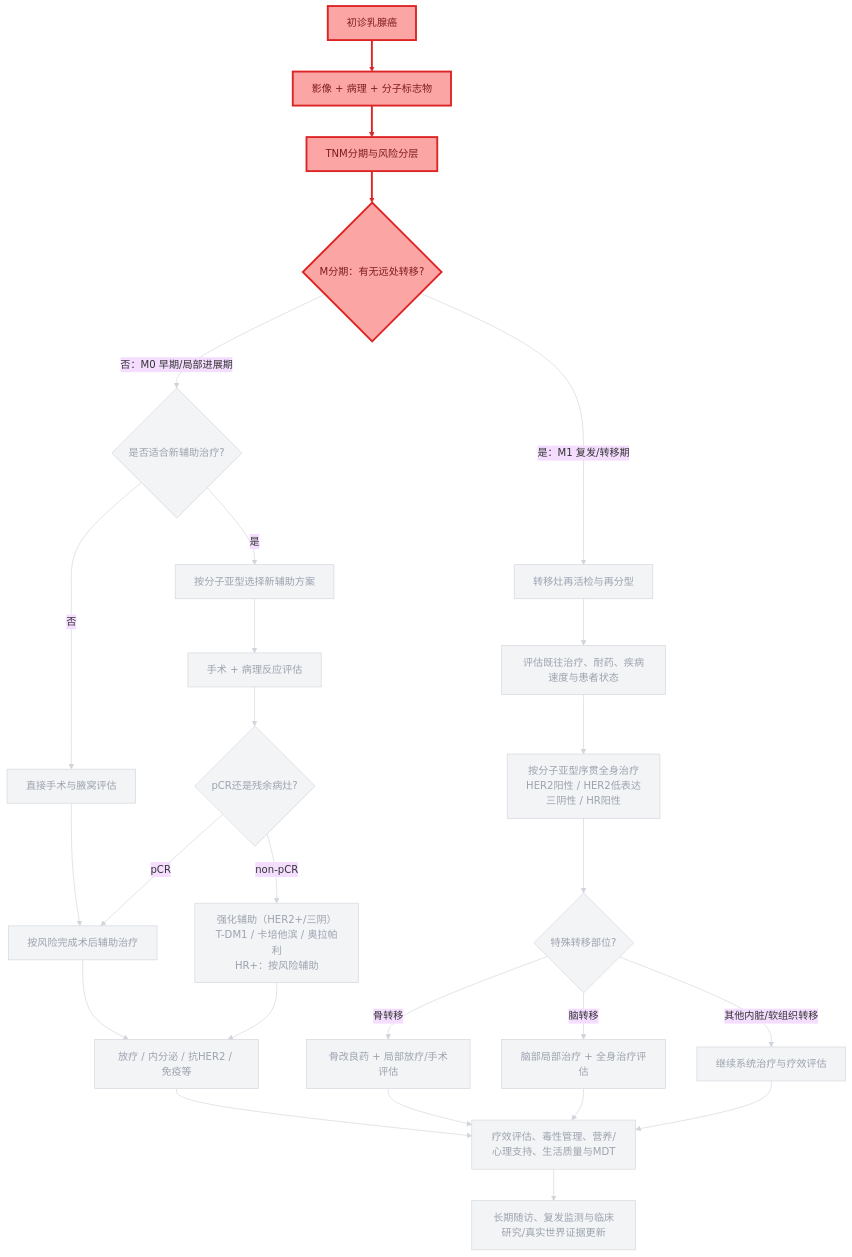
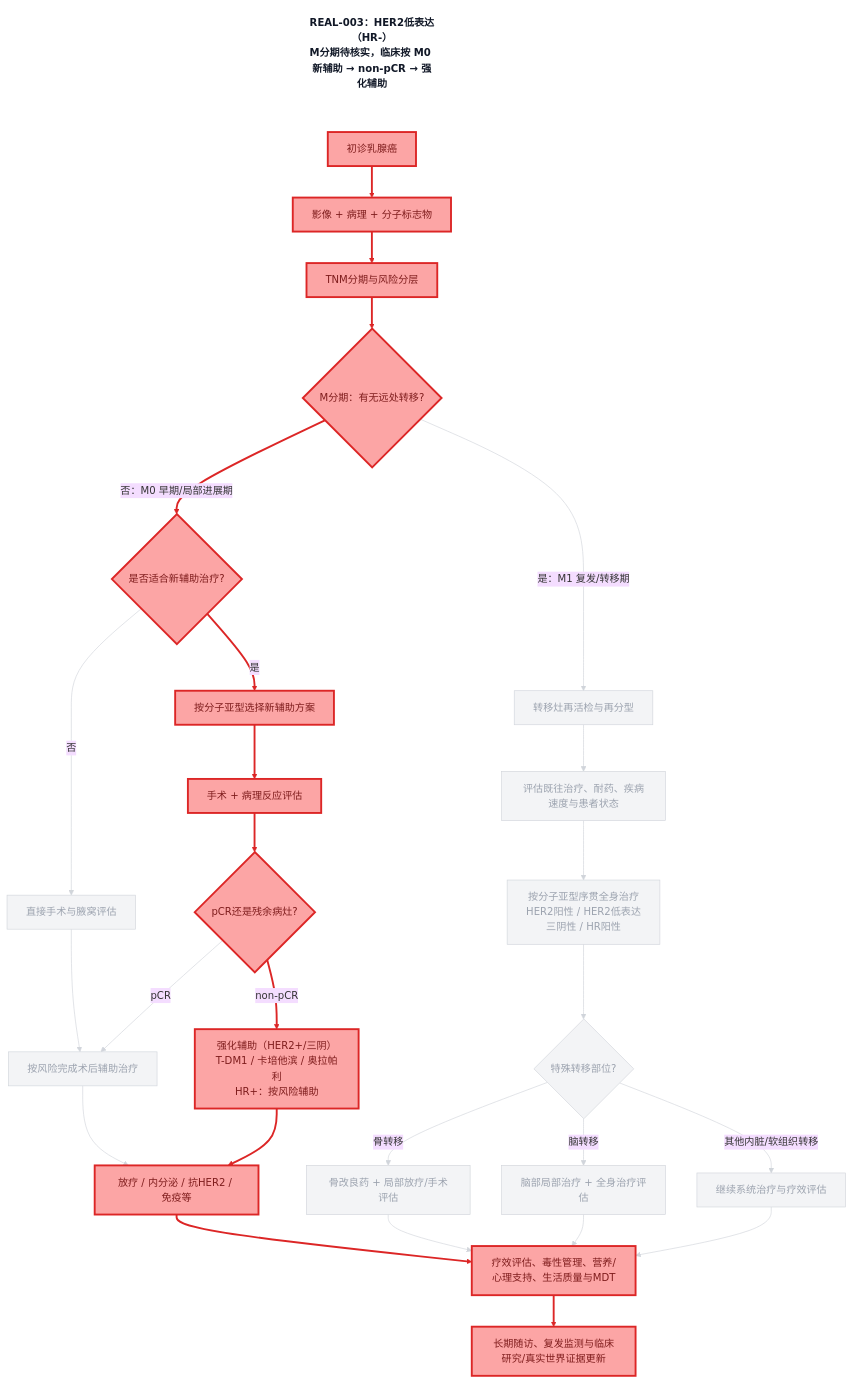
The diagram in diagrams/decision-chain-REAL-003.mmd (dongjb741280/breast-cancer), drawn with Mermaid (base theme) before and after one commit. The commit also changed 21 other files, not shown here.

First line of the commit message:
Add decision-chain skill and regenerate annotated REAL diagrams

```diff
--- a/diagrams/decision-chain-REAL-003.mmd
+++ b/diagrams/decision-chain-REAL-003.mmd
@@ -1,96 +1,99 @@
-%% 乳腺癌诊疗决策链（高亮病例实际路径）
 graph TD
+    TITLE["REAL-003：HER2低表达（HR-）<br/>M分期待核实，临床按 M0 新辅助 → non-pCR → 强化辅助"]
     A[初诊乳腺癌]
     B[影像 + 病理 + 分子标志物]
     C[TNM分期与风险分层]
     D{M分期：有无远处转移?}
     E{是否适合新辅助治疗?}
     F[按分子亚型选择新辅助方案]
     G[直接手术与腋窝评估]
     H[手术 + 病理反应评估]
     I{pCR还是残余病灶?}
     J[按风险完成术后辅助治疗]
     K[强化辅助（HER2+/三阴）<br/>T-DM1 / 卡培他滨 / 奥拉帕利<br/>HR+：按风险辅助]
     L[放疗 / 内分泌 / 抗HER2 / 免疫等]
     M[转移灶再活检与再分型]
     N[评估既往治疗、耐药、疾病速度与患者状态]
     O[按分子亚型序贯全身治疗<br/>HER2阳性 / HER2低表达<br/>三阴性 / HR阳性]
     P{特殊转移部位?}
     Q[骨改良药 + 局部放疗/手术评估]
     R[脑部局部治疗 + 全身治疗评估]
     S[继续系统治疗与疗效评估]
     T[疗效评估、毒性管理、营养/心理支持、生活质量与MDT]
     U[长期随访、复发监测与临床研究/真实世界证据更新]
     A --> B
     B --> C
     C --> D
     D -->|否：M0 早期/局部进展期| E
     E -->|是| F
     E -->|否| G
     F --> H
     G --> J
     H --> I
     I -->|pCR| J
     I -->|non-pCR| K
     J --> L
     K --> L
     D -->|是：M1 复发/转移期| M
     M --> N
     N --> O
     O --> P
     P -->|骨转移| Q
     P -->|脑转移| R
     P -->|其他内脏/软组织转移| S
     L --> T
     Q --> T
     R --> T
     S --> T
     T --> U
+    TITLE ~~~ A
     classDef path fill:#fca5a5,stroke:#dc2626,color:#7f1d1d,stroke-width:3px;
     classDef dim fill:#f3f4f6,stroke:#d1d5db,color:#9ca3af,stroke-width:1px;
+    classDef caption fill:#fff,stroke:none,color:#111827,font-weight:bold;
+    class TITLE caption;
     class A path;
     class B path;
     class C path;
     class D path;
-    class E dim;
-    class F dim;
+    class E path;
+    class F path;
     class G dim;
-    class H dim;
-    class I dim;
+    class H path;
+    class I path;
     class J dim;
-    class K dim;
-    class L dim;
+    class K path;
+    class L path;
     class M dim;
     class N dim;
     class O dim;
     class P dim;
     class Q dim;
     class R dim;
     class S dim;
-    class T dim;
-    class U dim;
+    class T path;
+    class U path;
     linkStyle 0 stroke:#dc2626,stroke-width:3px;
     linkStyle 1 stroke:#dc2626,stroke-width:3px;
     linkStyle 2 stroke:#dc2626,stroke-width:3px;
-    linkStyle 3 stroke:#d1d5db,stroke-width:1px;
-    linkStyle 4 stroke:#d1d5db,stroke-width:1px;
+    linkStyle 3 stroke:#dc2626,stroke-width:3px;
+    linkStyle 4 stroke:#dc2626,stroke-width:3px;
     linkStyle 5 stroke:#d1d5db,stroke-width:1px;
-    linkStyle 6 stroke:#d1d5db,stroke-width:1px;
+    linkStyle 6 stroke:#dc2626,stroke-width:3px;
     linkStyle 7 stroke:#d1d5db,stroke-width:1px;
-    linkStyle 8 stroke:#d1d5db,stroke-width:1px;
+    linkStyle 8 stroke:#dc2626,stroke-width:3px;
     linkStyle 9 stroke:#d1d5db,stroke-width:1px;
-    linkStyle 10 stroke:#d1d5db,stroke-width:1px;
+    linkStyle 10 stroke:#dc2626,stroke-width:3px;
     linkStyle 11 stroke:#d1d5db,stroke-width:1px;
-    linkStyle 12 stroke:#d1d5db,stroke-width:1px;
+    linkStyle 12 stroke:#dc2626,stroke-width:3px;
     linkStyle 13 stroke:#d1d5db,stroke-width:1px;
     linkStyle 14 stroke:#d1d5db,stroke-width:1px;
     linkStyle 15 stroke:#d1d5db,stroke-width:1px;
     linkStyle 16 stroke:#d1d5db,stroke-width:1px;
     linkStyle 17 stroke:#d1d5db,stroke-width:1px;
     linkStyle 18 stroke:#d1d5db,stroke-width:1px;
     linkStyle 19 stroke:#d1d5db,stroke-width:1px;
-    linkStyle 20 stroke:#d1d5db,stroke-width:1px;
+    linkStyle 20 stroke:#dc2626,stroke-width:3px;
     linkStyle 21 stroke:#d1d5db,stroke-width:1px;
     linkStyle 22 stroke:#d1d5db,stroke-width:1px;
     linkStyle 23 stroke:#d1d5db,stroke-width:1px;
-    linkStyle 24 stroke:#d1d5db,stroke-width:1px;
+    linkStyle 24 stroke:#dc2626,stroke-width:3px;
```
